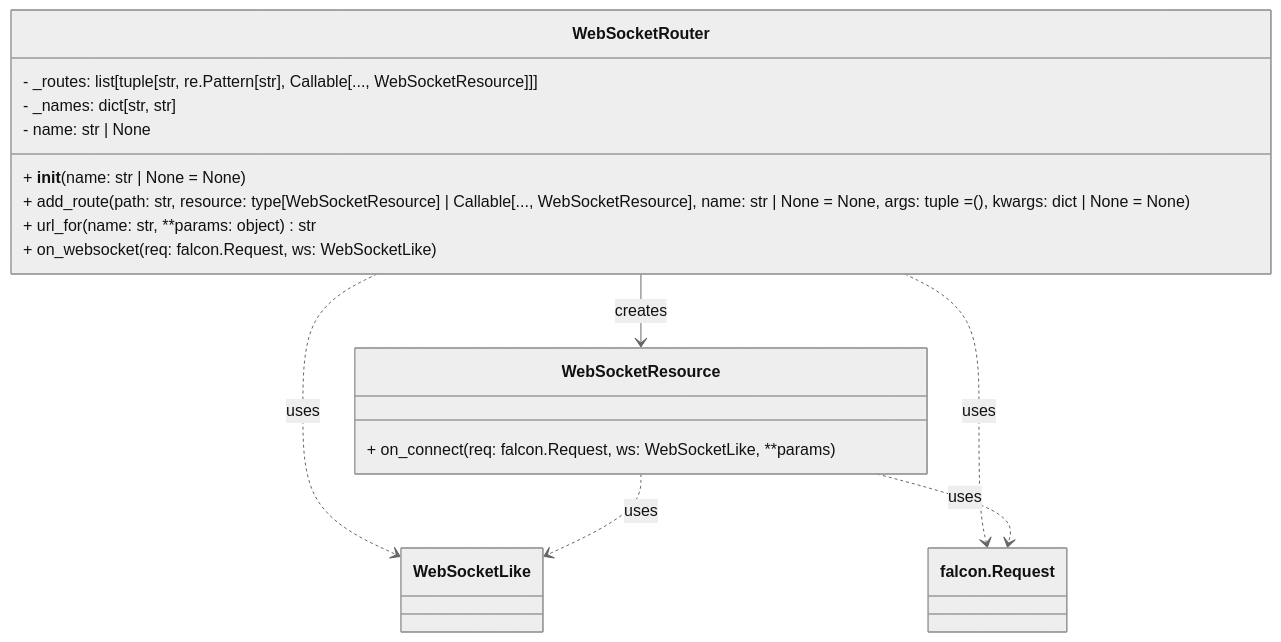
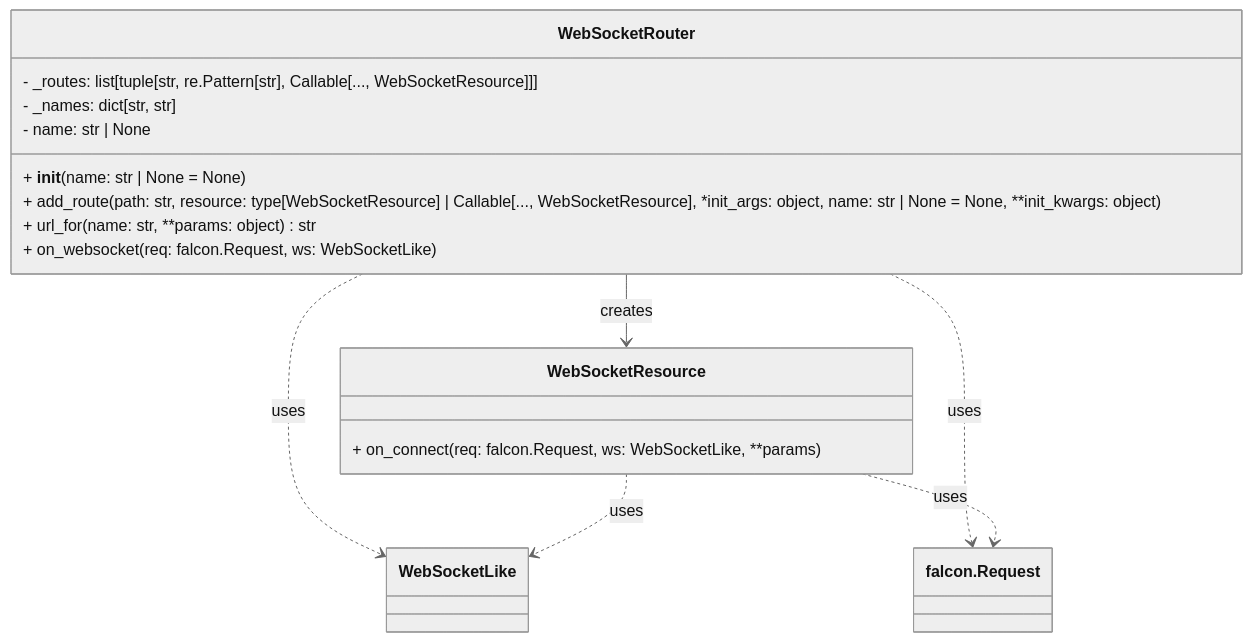
The sixth of 13 diagrams in docs/falcon-websocket-extension-design.md (leynos/falcon-pachinko), drawn with Mermaid (neutral theme) before and after one commit. The commit also changed other lines of this file and 56 other files, not shown here.

````diff
--- a/docs/falcon-websocket-extension-design.md
+++ b/docs/falcon-websocket-extension-design.md
@@ -1063,24 +1057,24 @@
 ```mermaid
 classDiagram
     class WebSocketRouter {
         - _routes: list[tuple[str, re.Pattern[str], Callable[..., WebSocketResource]]]
         - _names: dict[str, str]
         - name: str | None
         + __init__(name: str | None = None)
-        + add_route(path: str, resource: type[WebSocketResource] | Callable[..., WebSocketResource], name: str | None = None, args: tuple = (), kwargs: dict | None = None)
+        + add_route(path: str, resource: type[WebSocketResource] | Callable[..., WebSocketResource], *init_args: object, name: str | None = None, **init_kwargs: object)
         + url_for(name: str, **params: object) str
         + on_websocket(req: falcon.Request, ws: WebSocketLike)
     }
     class WebSocketResource {
         + on_connect(req: falcon.Request, ws: WebSocketLike, **params)
     }
     class WebSocketLike
     class falcon.Request
 
     WebSocketRouter --> WebSocketResource : creates
     WebSocketRouter ..> WebSocketLike : uses
     WebSocketRouter ..> falcon.Request : uses
     WebSocketResource ..> WebSocketLike : uses
     WebSocketResource ..> falcon.Request : uses
 
 ```
````
